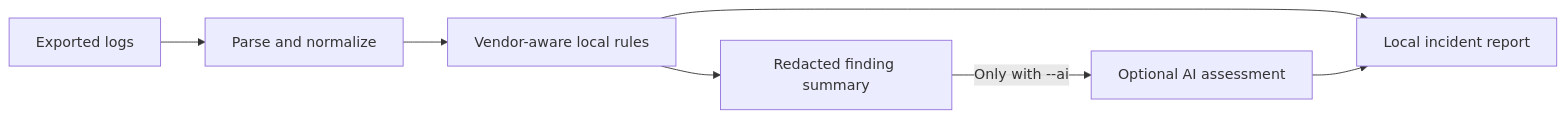
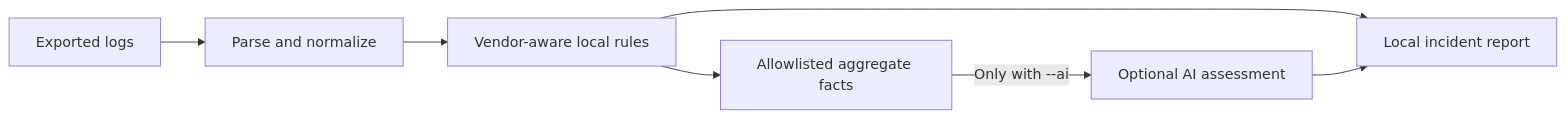
Before and after one commit to darisisuresh/storage-log-ai-analyzer: the diagram in README.md, drawn with Mermaid. The commit also changed other lines of this file and 23 other files, not shown here.

````diff
--- a/README.md
+++ b/README.md
@@ -132,9 +143,9 @@
 ```mermaid
 flowchart LR
     A[Exported logs] --> B[Parse and normalize]
     B --> C[Vendor-aware local rules]
     C --> D[Local incident report]
-    C --> E[Redacted finding summary]
+    C --> E[Allowlisted aggregate facts]
     E -->|Only with --ai| F[Optional AI assessment]
     F --> D
 ```
````
